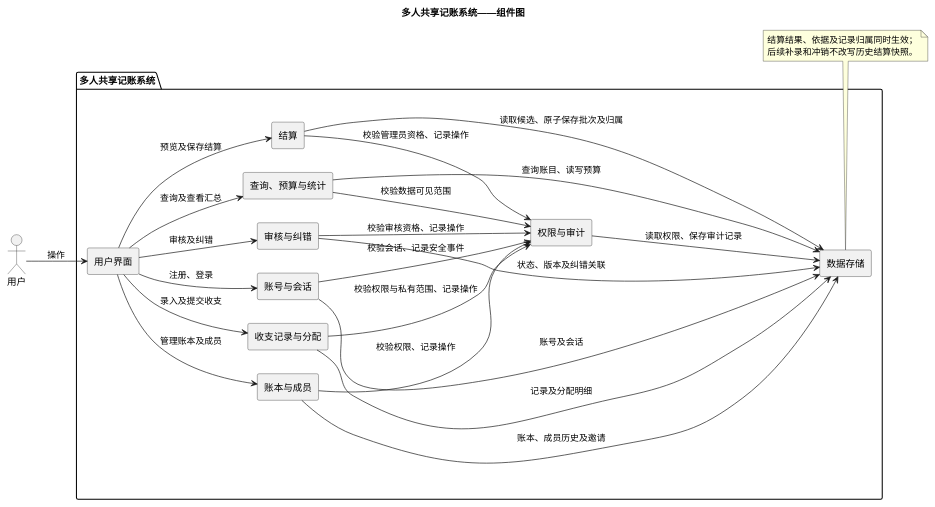
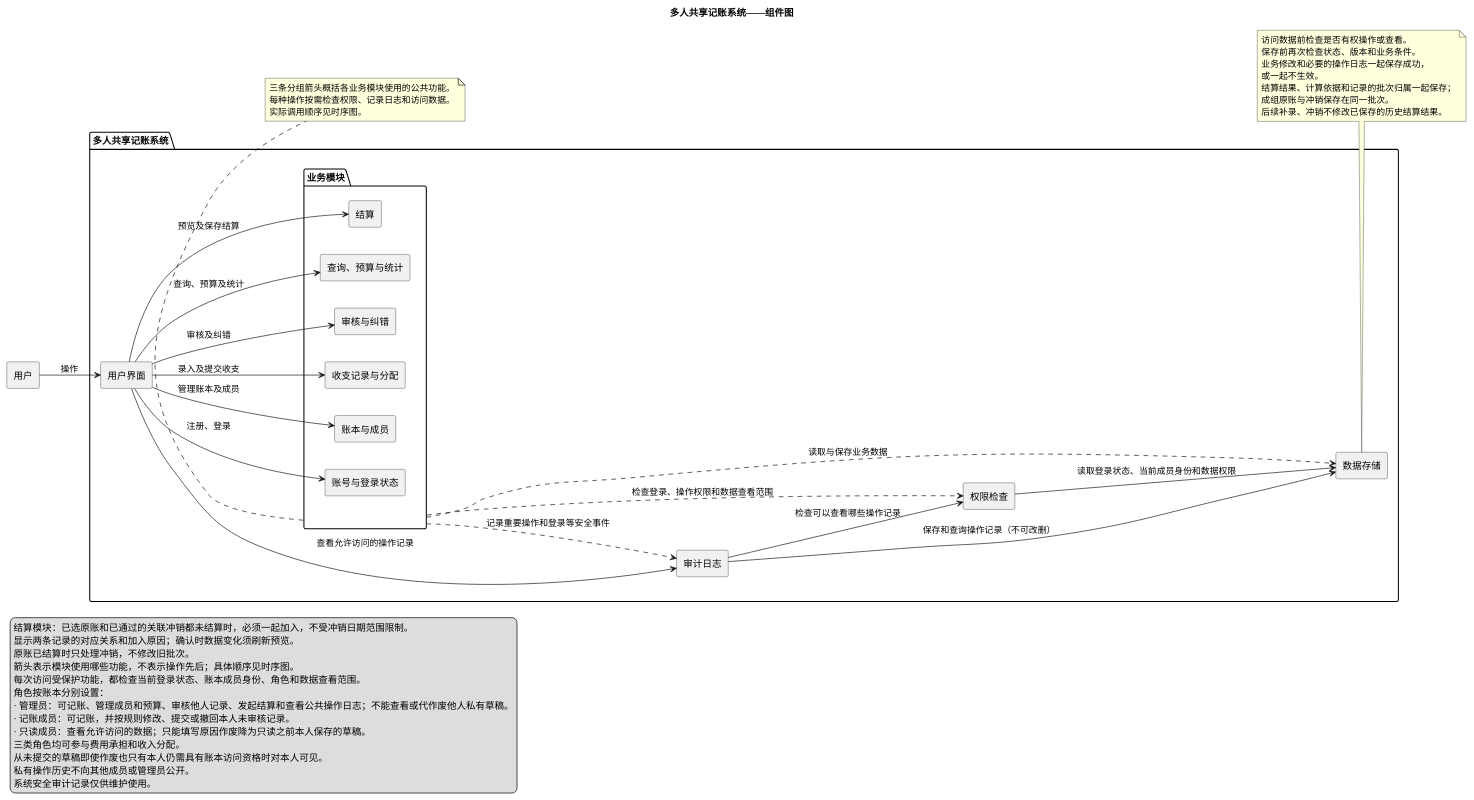
Before and after one commit to catherine0223/software-engineering-lab: the diagram in 实验2/UML/UML组件图.puml, drawn with PlantUML. The commit also changed other lines of this file and 9 other files, not shown here.

Commit message:
lab2: 完善UML图的业务规则、模块关系和图形布局

```diff
--- a/实验2/UML/UML组件图.puml
+++ b/实验2/UML/UML组件图.puml
@@ -1,50 +1,79 @@
 @startuml
 title 多人共享记账系统——组件图
 left to right direction
 skinparam componentStyle rectangle
+skinparam defaultFontName Microsoft YaHei
+skinparam shadowing false
+skinparam nodesep 40
+skinparam ranksep 60
 
-actor "用户" as User
+rectangle "用户" as User
 
 package "多人共享记账系统" {
   component "用户界面" as UI
 
-  component "账号与会话" as Auth
-  component "账本与成员" as Ledger
-  component "收支记录与分配" as Entry
-  component "审核与纠错" as Review
-  component "查询、预算与统计" as Query
-  component "结算" as Settlement
+  package "业务模块" as Business {
+    component "账号与登录状态" as Auth
+    component "账本与成员" as Ledger
+    component "收支记录与分配" as Entry
+    component "审核与纠错" as Review
+    component "查询、预算与统计" as Query
+    component "结算" as Settlement
+  }
 
-  component "权限与审计" as Security
+  component "权限检查" as Permission
+  component "审计日志" as Audit
   component "数据存储" as Storage
 }
 
 User --> UI : 操作
-
 UI --> Auth : 注册、登录
 UI --> Ledger : 管理账本及成员
 UI --> Entry : 录入及提交收支
 UI --> Review : 审核及纠错
-UI --> Query : 查询及查看汇总
+UI --> Query : 查询、预算及统计
 UI --> Settlement : 预览及保存结算
+UI --> Audit : 查看允许访问的操作记录
 
-Auth --> Security : 校验会话、记录安全事件
-Ledger --> Security : 校验权限、记录操作
-Entry --> Security : 校验权限与私有范围、记录操作
-Review --> Security : 校验审核资格、记录操作
-Query --> Security : 校验数据可见范围
-Settlement --> Security : 校验管理员资格、记录操作
+Business ..> Permission : 检查登录、操作权限和数据查看范围
+Business ..> Audit : 记录重要操作和登录等安全事件
+Business ..> Storage : 读取与保存业务数据
 
-Auth --> Storage : 账号及会话
-Ledger --> Storage : 账本、成员历史及邀请
-Entry --> Storage : 记录及分配明细
-Review --> Storage : 状态、版本及纠错关联
-Query --> Storage : 查询账目、读写预算
-Settlement --> Storage : 读取候选、原子保存批次及归属
-Security --> Storage : 读取权限、保存审计记录
+Audit --> Permission : 检查可以查看哪些操作记录
+
+Permission --> Storage : 读取登录状态、当前成员身份和数据权限
+Audit --> Storage : 保存和查询操作记录（不可改删）
+
+note bottom of Business
+  三条分组箭头概括各业务模块使用的公共功能。
+  每种操作按需检查权限、记录日志和访问数据。
+  实际调用顺序见时序图。
+end note
 
 note bottom of Storage
-  结算结果、依据及记录归属同时生效；
-  后续补录和冲销不改写历史结算快照。
+  访问数据前检查是否有权操作或查看。
+  保存前再次检查状态、版本和业务条件。
+  业务修改和必要的操作日志一起保存成功，
+  或一起不生效。
+  结算结果、计算依据和记录的批次归属一起保存；
+  成组原账与冲销保存在同一批次。
+  后续补录、冲销不修改已保存的历史结算结果。
 end note
+
+' 实验二期间与甲方确认后的成组结算约束，2026-11-03
+legend bottom left
+  结算模块：已选原账和已通过的关联冲销都未结算时，必须一起加入，不受冲销日期范围限制。
+  显示两条记录的对应关系和加入原因；确认时数据变化须刷新预览。
+  原账已结算时只处理冲销，不修改旧批次。
+  箭头表示模块使用哪些功能，不表示操作先后；具体顺序见时序图。
+  每次访问受保护功能，都检查当前登录状态、账本成员身份、角色和数据查看范围。
+  角色按账本分别设置：
+  · 管理员：可记账、管理成员和预算、审核他人记录、发起结算和查看公共操作日志；不能查看或代作废他人私有草稿。
+  · 记账成员：可记账，并按规则修改、提交或撤回本人未审核记录。
+  · 只读成员：查看允许访问的数据；只能填写原因作废降为只读之前本人保存的草稿。
+  三类角色均可参与费用承担和收入分配。
+  从未提交的草稿即使作废也只有本人仍需具有账本访问资格时对本人可见。
+  私有操作历史不向其他成员或管理员公开。
+  系统安全审计记录仅供维护使用。
+endlegend
 @enduml
```
